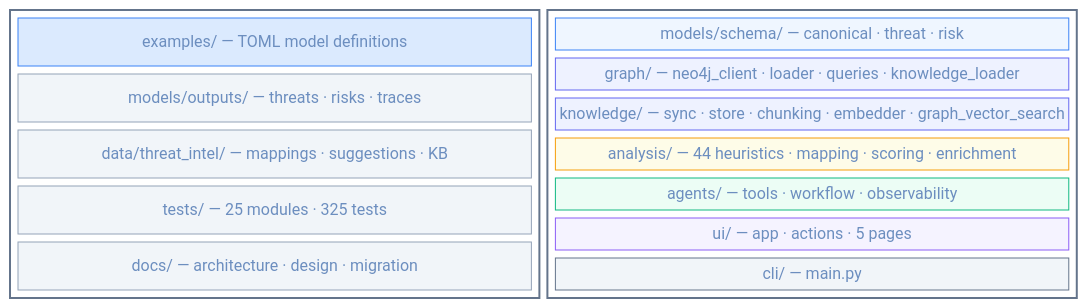
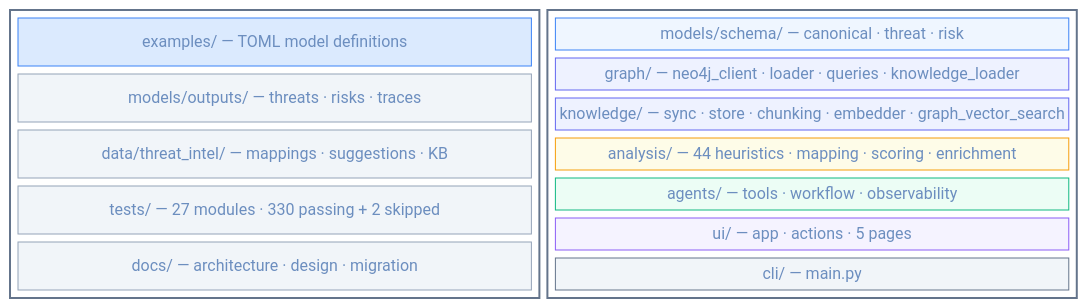
The diagram in docs/diagrams/project_structure.mmd (zencodeai/ai-threatforge), drawn with Mermaid before and after one commit. The commit also changed 14 other files, not shown here.

Commit message:
Improve NLP query quality benchmarks and graph answers

```diff
--- a/docs/diagrams/project_structure.mmd
+++ b/docs/diagrams/project_structure.mmd
@@ -1,41 +1,41 @@
 ---
 title: Project Layout
 ---
 %%{init: {'theme': 'base', 'themeVariables': {'lineColor': '#6c8ebf', 'primaryTextColor': '#6c8ebf', 'titleColor': '#6c8ebf', 'fontSize': '16px'}}}%%
 block-beta
     columns 2
 
     block:rootdir:1
         columns 1
         ex["examples/ — TOML model definitions"]
         outputs["models/outputs/ — threats · risks · traces"]
         data["data/threat_intel/ — mappings · suggestions · KB"]
-        tests["tests/ — 25 modules · 325 tests"]
+        tests["tests/ — 27 modules · 330 passing + 2 skipped"]
         docs["docs/ — architecture · design · migration"]
     end
 
     block:srcdir:1
         columns 1
         schema["models/schema/ — canonical · threat · risk"]
         graphpkg["graph/ — neo4j_client · loader · queries · knowledge_loader"]
         knowledge["knowledge/ — sync · store · chunking · embedder · graph_vector_search"]
         analysis["analysis/ — 44 heuristics · mapping · scoring · enrichment"]
         agents["agents/ — tools · workflow · observability"]
         ui["ui/ — app · actions · 5 pages"]
         cli["cli/ — main.py"]
     end
 
     style rootdir fill:none,stroke:#64748b,stroke-width:2px
     style srcdir fill:none,stroke:#64748b,stroke-width:2px
     style ex fill:#dbeafe,stroke:#3b82f6,color:#1e40af
     style outputs fill:#f1f5f9,stroke:#94a3b8,color:#475569
     style data fill:#f1f5f9,stroke:#94a3b8,color:#475569
     style tests fill:#f1f5f9,stroke:#94a3b8,color:#475569
     style docs fill:#f1f5f9,stroke:#94a3b8,color:#475569
     style schema fill:#eff6ff,stroke:#3b82f6,color:#1e40af
     style graphpkg fill:#eef2ff,stroke:#6366f1,color:#3730a3
     style knowledge fill:#eef2ff,stroke:#6366f1,color:#3730a3
     style analysis fill:#fefce8,stroke:#f59e0b,color:#92400e
     style agents fill:#ecfdf5,stroke:#10b981,color:#065f46
     style ui fill:#f5f3ff,stroke:#8b5cf6,color:#5b21b6
     style cli fill:#f1f5f9,stroke:#64748b,color:#334155
```
